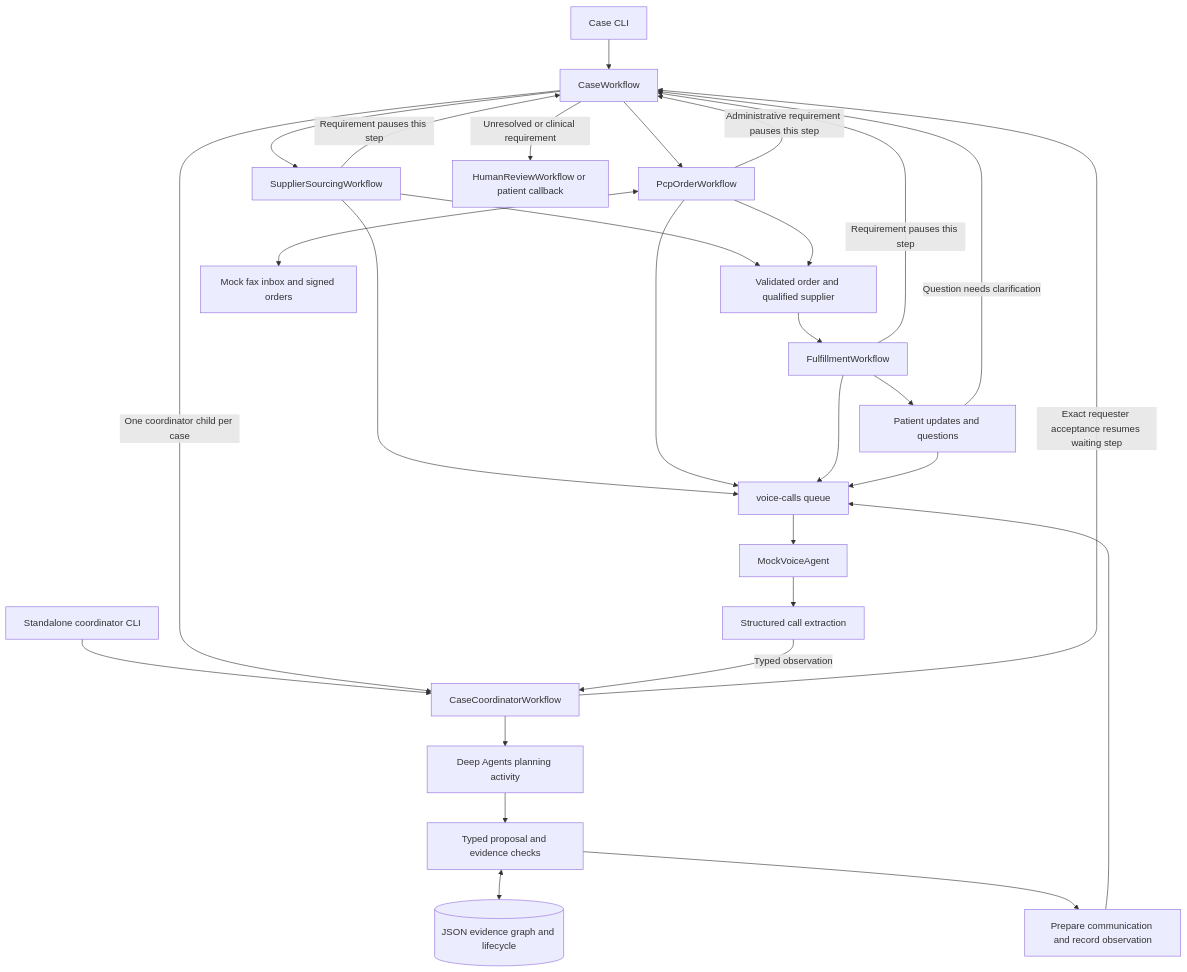
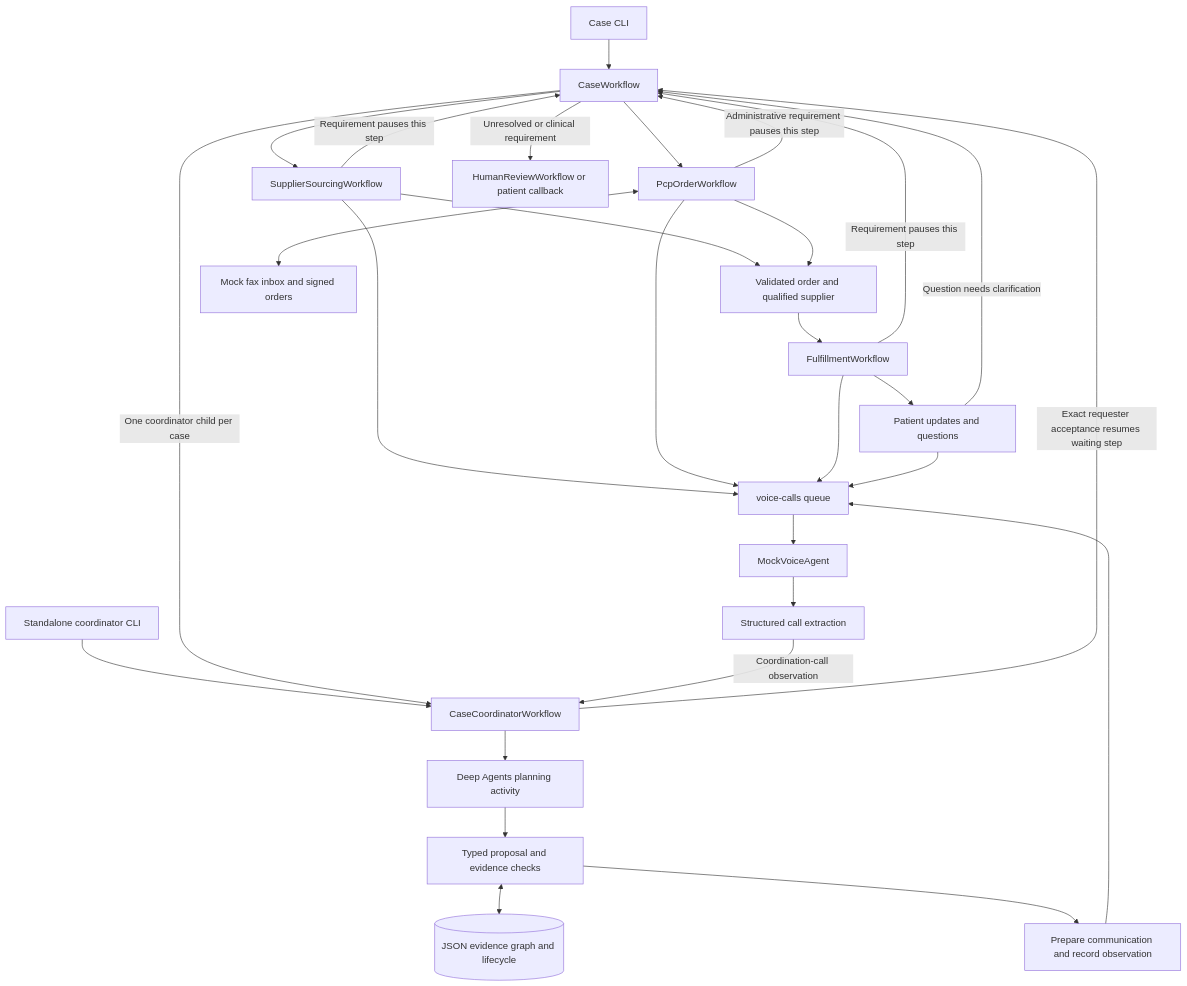
The first of 2 diagrams in ARCHITECTURE.md (ashutosh-iitg/mira-dme-coordination), drawn with Mermaid before and after one commit. The commit also changed other lines of this file and 5 other files, not shown here.

````diff
--- a/ARCHITECTURE.md
+++ b/ARCHITECTURE.md
@@ -7,31 +7,31 @@
 ```mermaid
 flowchart TB
     CLI[Case CLI] --> CASE[CaseWorkflow]
     STANDALONE[Standalone coordinator CLI] --> COORD
     CASE --> SOURCING[SupplierSourcingWorkflow]
     CASE --> ORDER[PcpOrderWorkflow]
     SOURCING --> MATCH[Validated order and qualified supplier]
     ORDER --> MATCH
     MATCH --> FULFILL[FulfillmentWorkflow]
     FULFILL --> UPDATE[Patient updates and questions]
     SOURCING -->|Requirement pauses this step| CASE
     ORDER -->|Administrative requirement pauses this step| CASE
     UPDATE -->|Question needs clarification| CASE
     FULFILL -->|Requirement pauses this step| CASE
     CASE -->|One coordinator child per case| COORD[CaseCoordinatorWorkflow]
     COORD --> PLAN[Deep Agents planning activity]
     PLAN --> APPLY[Typed proposal and evidence checks]
     APPLY <--> DOC[(JSON evidence graph and lifecycle)]
     APPLY --> COMM[Prepare communication and record observation]
     COMM --> CALLS[voice-calls queue]
     SOURCING --> CALLS
     ORDER --> CALLS
     FULFILL --> CALLS
     UPDATE --> CALLS
     CALLS --> VOICE[MockVoiceAgent]
     VOICE --> EXTRACT[Structured call extraction]
-    EXTRACT -->|Typed observation| COORD
+    EXTRACT -->|Coordination-call observation| COORD
     COORD -->|Exact requester acceptance resumes waiting step| CASE
     ORDER <--> FAX[Mock fax inbox and signed orders]
     CASE -->|Unresolved or clinical requirement| HUMAN[HumanReviewWorkflow or patient callback]
 ```
````
